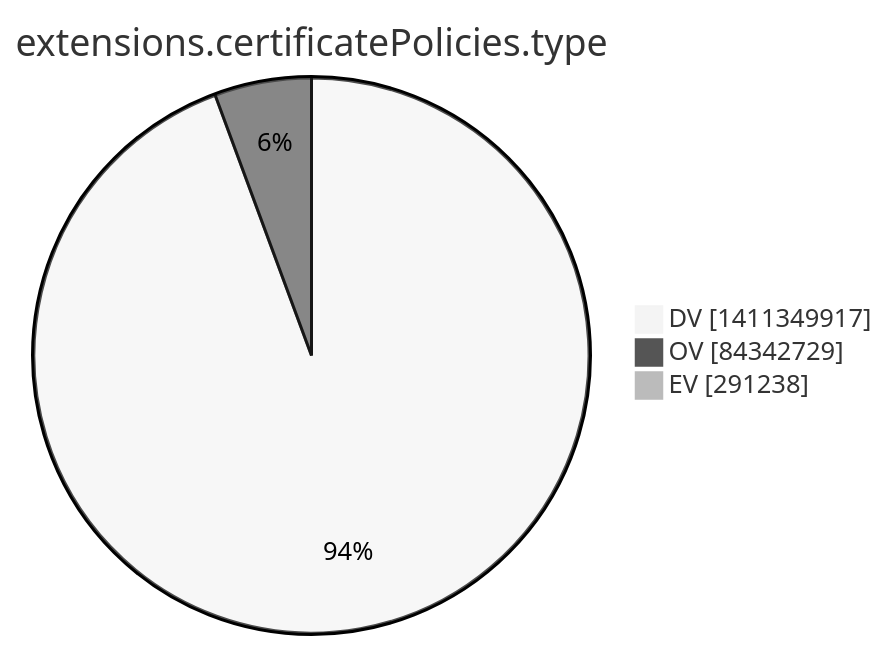
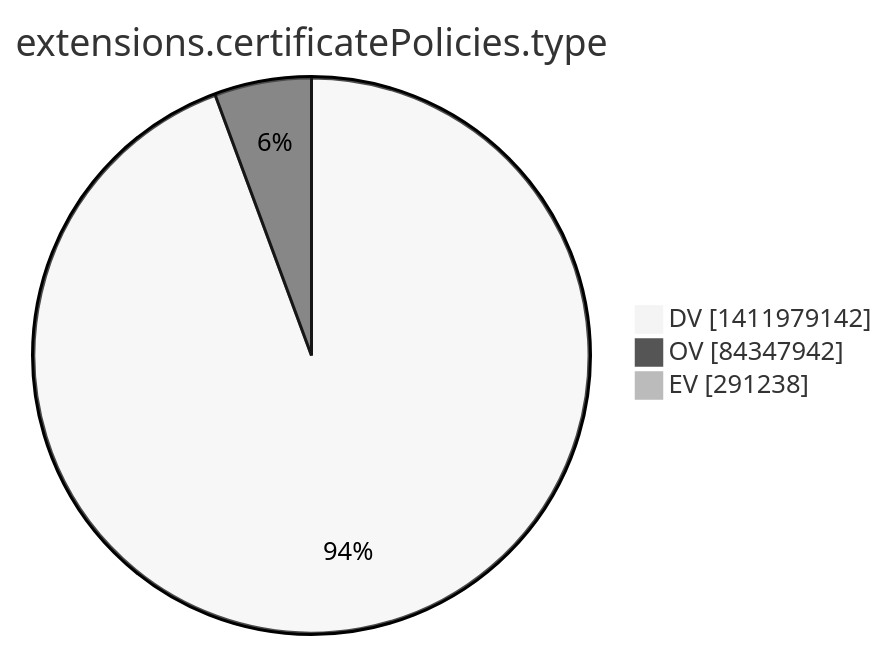
One commit to christiankrug/ctmonitor_visualization changed the tenth of 15 diagrams in argon2022/README.md. Above: the diagram before and after it, drawn with Mermaid (neutral theme). The commit also changed other lines of this file, not shown here.

````diff
--- a/argon2022/README.md
+++ b/argon2022/README.md
@@ -2773,7 +2773,7 @@
 ```mermaid
 pie showData
 title extensions.certificatePolicies.type
-"DV" :1411349917
-"OV" :84342729
+"DV" :1411979142
+"OV" :84347942
 "EV" :291238
 ```
````
